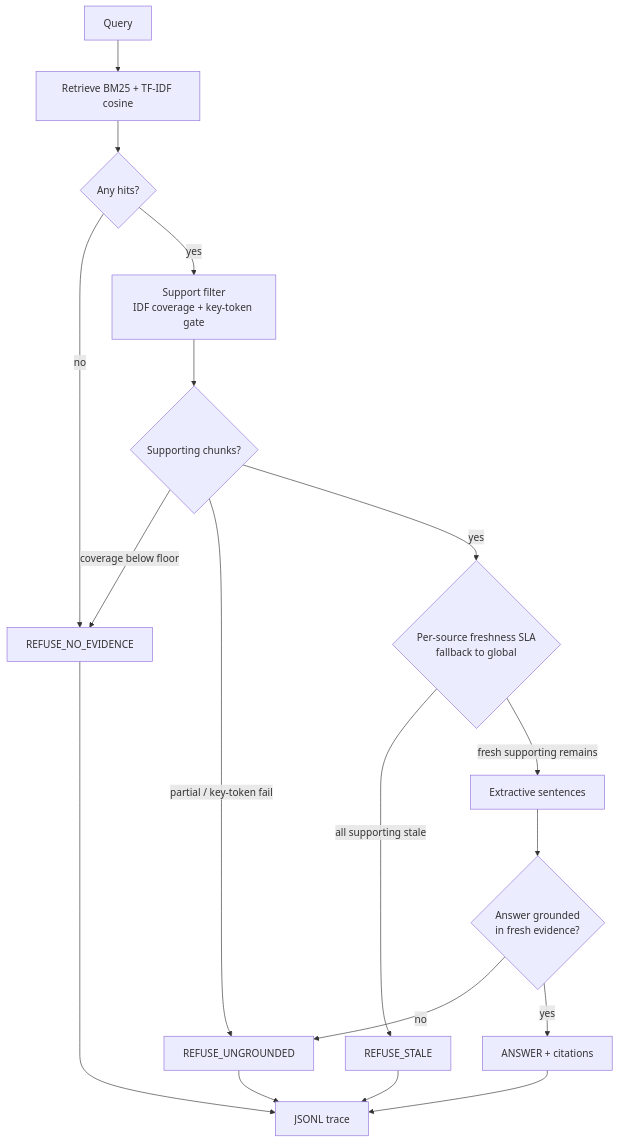
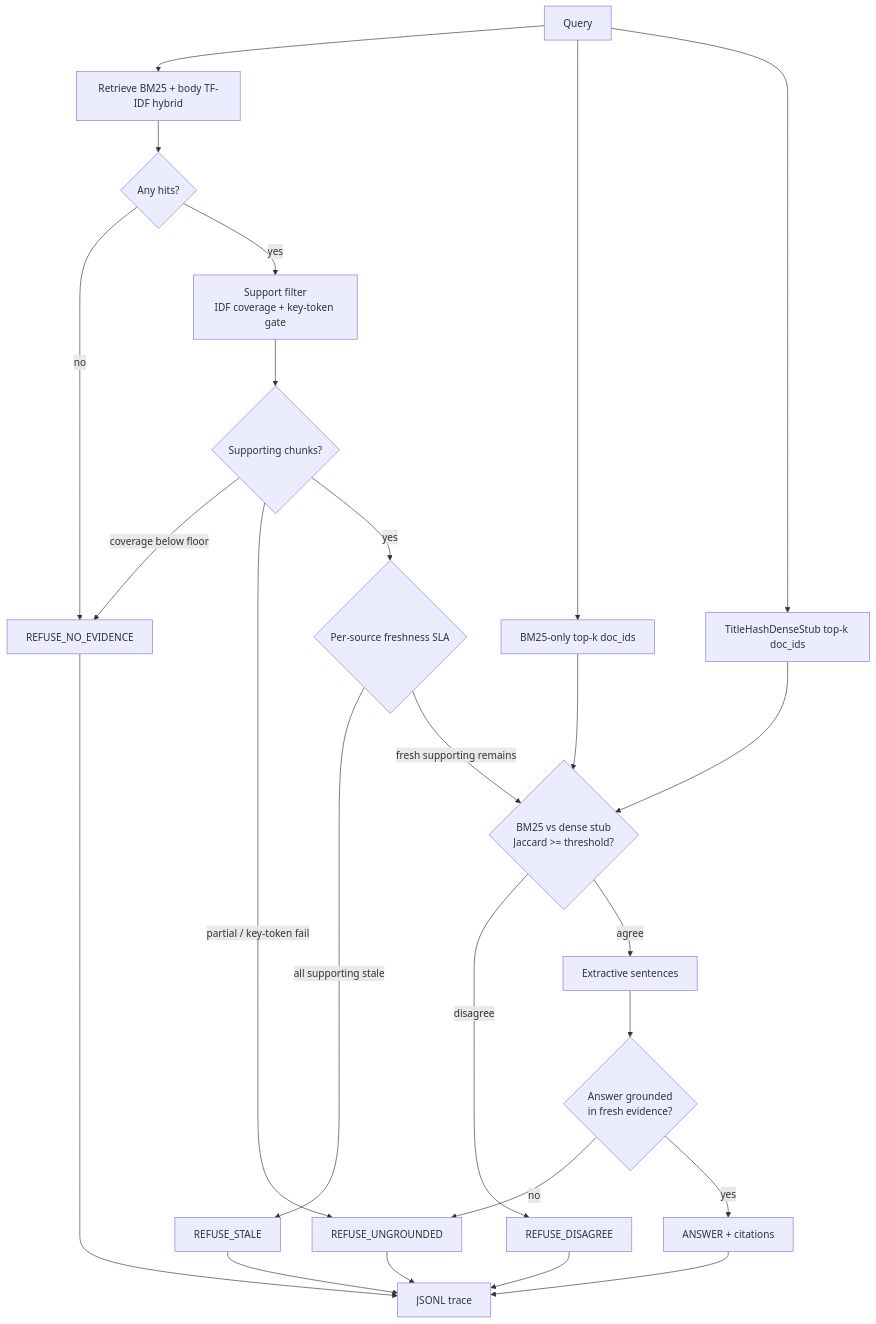
One commit to Mavarun/freshness-gated-ops-copilot changed the diagram in README.md. Above: the diagram before and after it, drawn with Mermaid. The commit also changed other lines of this file, not shown here.

````diff
--- a/README.md
+++ b/README.md
@@ -44,20 +45,27 @@
 ```mermaid
 flowchart TD
-  Q[Query] --> R[Retrieve BM25 + TF-IDF cosine]
+  Q[Query] --> R[Retrieve BM25 + body TF-IDF hybrid]
+  Q --> B[BM25-only top-k doc_ids]
+  Q --> D[TitleHashDenseStub top-k doc_ids]
   R --> E{Any hits?}
   E -->|no| N[REFUSE_NO_EVIDENCE]
   E -->|yes| S[Support filter<br/>IDF coverage + key-token gate]
   S --> K{Supporting chunks?}
   K -->|coverage below floor| N
   K -->|partial / key-token fail| U[REFUSE_UNGROUNDED]
-  K -->|yes| F{Per-source freshness SLA<br/>fallback to global}
+  K -->|yes| F{Per-source freshness SLA}
   F -->|all supporting stale| ST[REFUSE_STALE]
-  F -->|fresh supporting remains| X[Extractive sentences]
+  F -->|fresh supporting remains| J{BM25 vs dense stub<br/>Jaccard >= threshold?}
+  B --> J
+  D --> J
+  J -->|disagree| DJ[REFUSE_DISAGREE]
+  J -->|agree| X[Extractive sentences]
   X --> G{Answer grounded<br/>in fresh evidence?}
   G -->|no| U
   G -->|yes| A[ANSWER + citations]
   A --> T[JSONL trace]
   ST --> T
+  DJ --> T
   U --> T
   N --> T
 ```
````
